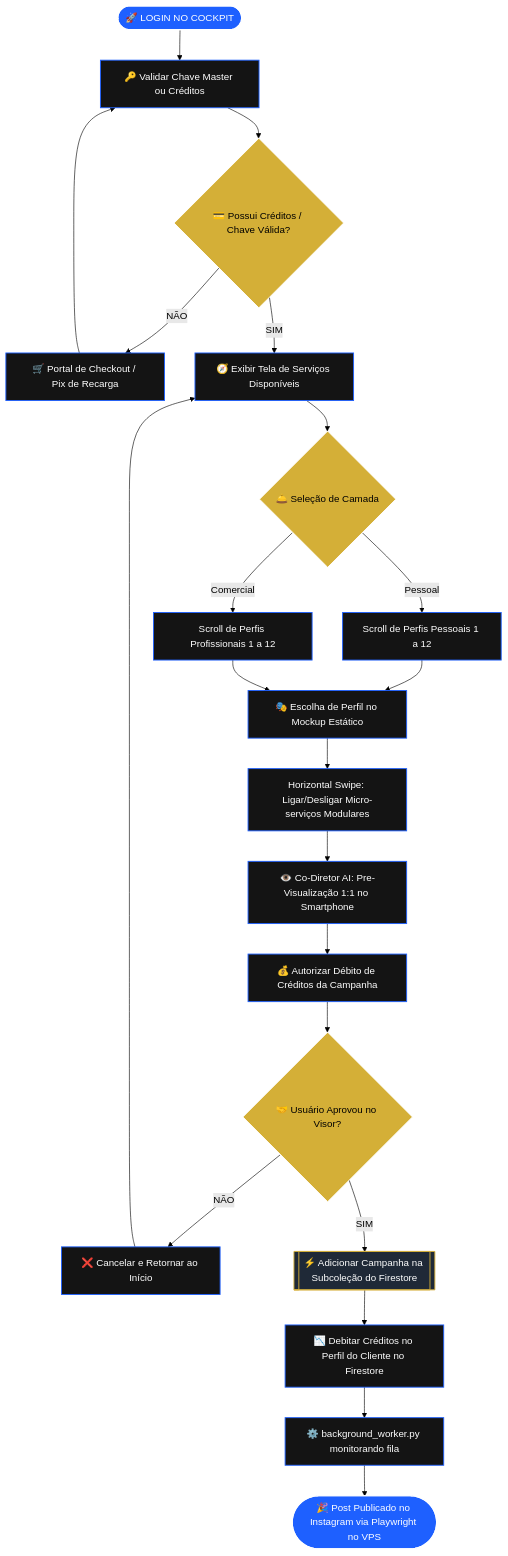
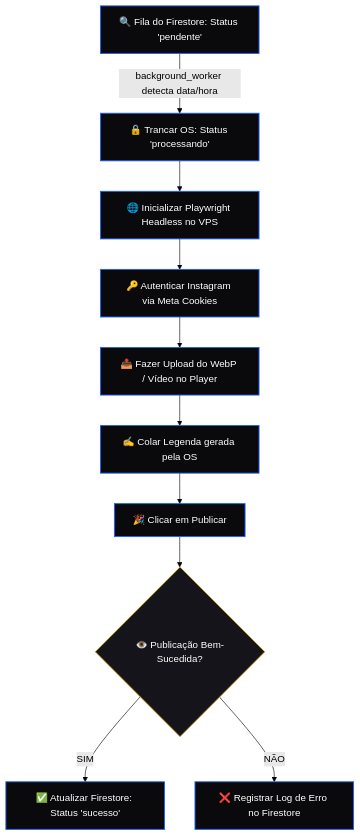
One commit to 5vitz/Killer-Skills changed the second of 2 diagrams in docs/2_EPISTEMOLOGIA.md. Above: the diagram before and after it, drawn with Mermaid (forest theme). The commit also changed other lines of this file and 6603 other files, not shown here.

````diff
--- a/docs/2_EPISTEMOLOGIA.md
+++ b/docs/2_EPISTEMOLOGIA.md
@@ -135,45 +133,21 @@
 ```mermaid
 flowchart TD
-    %% Estilos e Temas do Diagrama (Premium Dark/Blue/Gold)
-    classDef default fill:#0A0A0A,stroke:#1E60FF,stroke-width:1px,color:#FFFFFF;
-    classDef start_stop fill:#1E60FF,stroke:#FFFFFF,stroke-width:2px,color:#FFFFFF;
-    classDef gateway fill:#d4af37,stroke:#FFFFFF,stroke-width:1.5px,color:#000000;
-    classDef task fill:#141414,stroke:#1E60FF,stroke-width:1.5px,color:#FFFFFF;
-    classDef subprocess fill:#1F2937,stroke:#d4af37,stroke-width:1.5px,color:#FFFFFF;
+    classDef step fill:#0A0A0C,stroke:#1E60FF,stroke-width:1.5px,color:#FFF;
+    classDef gate fill:#14141A,stroke:#D4AF37,stroke-width:1.5px,color:#FFF;
 
-    Start([🚀 LOGIN NO COCKPIT]) --> Task1[🔑 Validar Chave Master ou Créditos]
-    Task1 --> Gate1{💳 Possui Créditos / Chave Válida?}
+    Fila[🔍 Fila do Firestore: Status 'pendente'] -->| background_worker detecta data/hora | Lock[🔒 Trancar OS: Status 'processando']
+    Lock --> launchPlaywright[🌐 Inicializar Playwright Headless no VPS]
+    launchPlaywright --> loginIG[🔑 Autenticar Instagram via Meta Cookies]
     
-    %% Gateway de Combustível
-    Gate1 -- NÃO --> TaskRecarga[🛒 Portal de Checkout / Pix de Recarga] --> Task1
-    Gate1 -- SIM --> Task2[🧭 Exibir Tela de Serviços Disponíveis]
+    loginIG --> uploadMedia[📤 Fazer Upload do WebP / Vídeo no Player]
+    uploadMedia --> pasteCaption[✍️ Colar Legenda gerada pela OS]
     
-    %% Seleção da Camada e Serviço
-    Task2 --> SelectionCamada{🛎️ Seleção de Camada}
+    pasteCaption --> clickPublish[🎉 Clicar em Publicar]
+    clickPublish --> verifySuccess{👁️ Publicação Bem-Sucedida?}
     
-    SelectionCamada -- Pessoal --> TaskPresetsP[Scroll de Perfis Pessoais 1 a 12]
-    SelectionCamada -- Comercial --> TaskPresetsC[Scroll de Perfis Profissionais 1 a 12]
-    
-    %% Configuração e Adequação
-    TaskPresetsP & TaskPresetsC --> TaskAdapt[🎭 Escolha de Perfil no Mockup Estático]
-    TaskAdapt --> FlowToggle[Horizontal Swipe: Ligar/Desligar Micro-serviços Modulares]
-    
-    %% Visualização 3D e Confirmação
-    FlowToggle --> PreAuth[👁️ Co-Diretor AI: Pre-Visualização 1:1 no Smartphone]
-    PreAuth --> TaskConfirm[💰 Autorizar Débito de Créditos da Campanha]
-    TaskConfirm --> GateConfirm{🤝 Usuário Aprovou no Visor?}
-    
-    GateConfirm -- NÃO --> TaskCancel[❌ Cancelar e Retornar ao Início] --> Task2
-    GateConfirm -- SIM --> SubProcessPost[[⚡ Adicionar Campanha na Subcoleção do Firestore]]
-    
-    %% Disparo Assíncrono via Workers
-    SubProcessPost --> TaskDeduct[📉 Debitar Créditos no Perfil do Cliente no Firestore]
-    TaskDeduct --> WorkerStart[⚙️ background_worker.py monitorando fila]
-    WorkerStart --> End([🎉 Post Publicado no Instagram via Playwright no VPS])
+    verifySuccess -- SIM --> updateSuccess[✅ Atualizar Firestore: Status 'sucesso']
+    verifySuccess -- NÃO --> updateError[❌ Registrar Log de Erro no Firestore]
 
-    %% Aplicando Estilos aos nós
-    class Start,End start_stop;
-    class Gate1,SelectionCamada,GateConfirm gateway;
-    class Task1,TaskRecarga,Task2,TaskPresetsP,TaskPresetsC,TaskAdapt,FlowToggle,PreAuth,TaskConfirm,TaskCancel,TaskDeduct,WorkerStart task;
-    class SubProcessPost subprocess;
+    class Fila,Lock,launchPlaywright,loginIG,uploadMedia,pasteCaption,clickPublish,updateSuccess,updateError step;
+    class verifySuccess gate;
 ```
````
